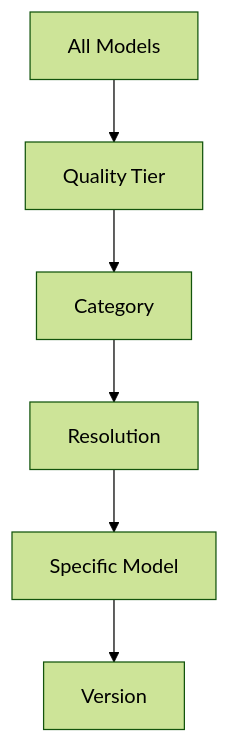
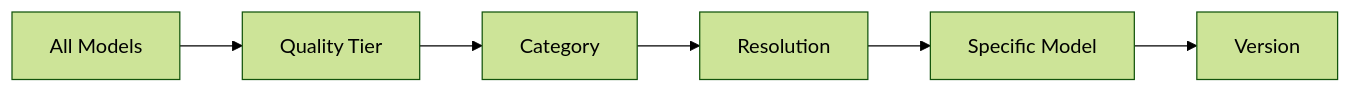
The first of 2 diagrams in docs/models/index.md (axel578/doc-pixelgpt), drawn with Mermaid (forest theme) before and after one commit. The commit also changed 43 other files, not shown here.

````diff
--- a/docs/models/index.md
+++ b/docs/models/index.md
@@ -27,8 +27,8 @@
 ```mermaid
-graph TD
+graph LR
     A[All Models] --> B[Quality Tier]
     B --> C[Category]
     C --> D[Resolution]
     D --> E[Specific Model]
     E --> F[Version]
 ```
````
